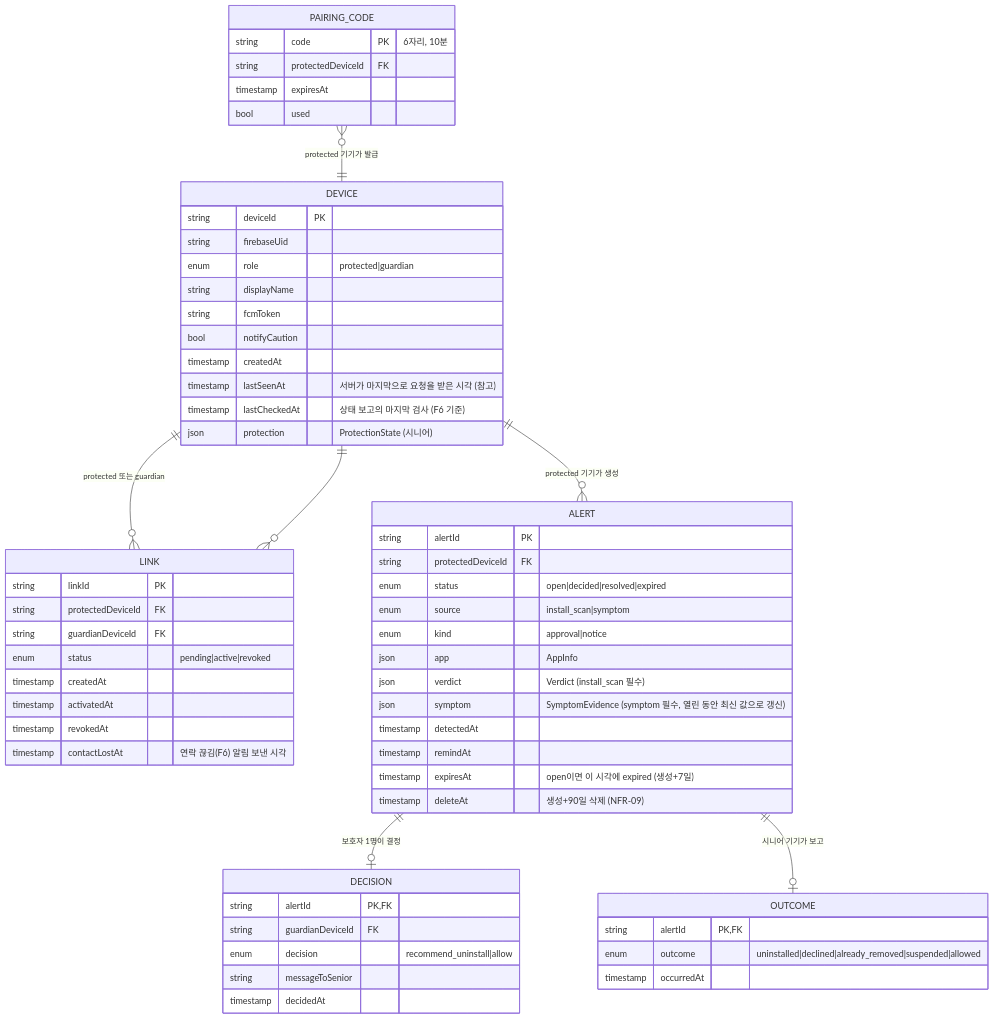
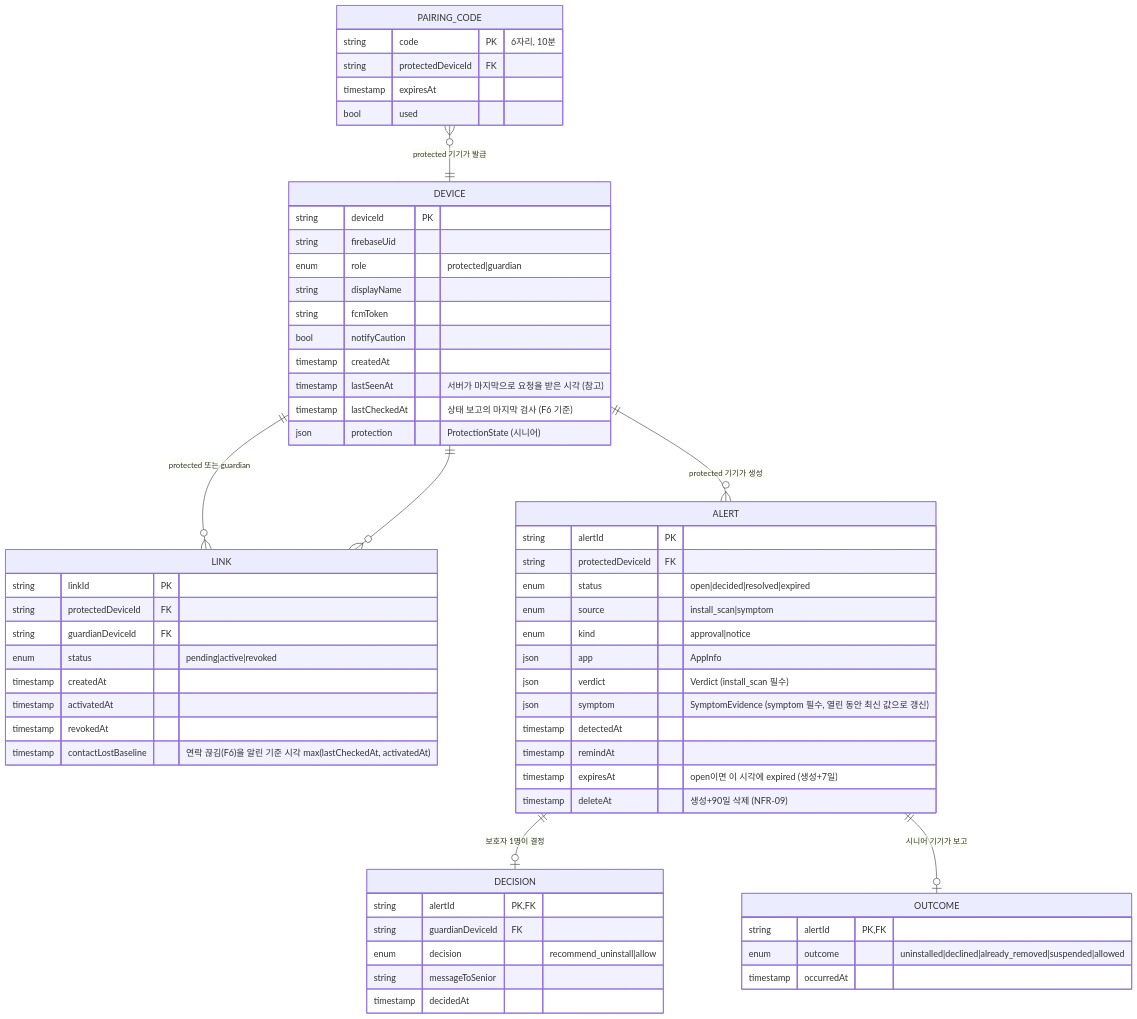
The first of 2 diagrams in specs/001-mvp/data-model.md (inq-o/phonedoctor), drawn with Mermaid before and after one commit. The commit also changed 9 other files, not shown here.

````diff
--- a/specs/001-mvp/data-model.md
+++ b/specs/001-mvp/data-model.md
@@ -10,64 +10,64 @@
 ```mermaid
 erDiagram
     DEVICE ||--o{ LINK : "protected 또는 guardian"
     LINK }o--|| DEVICE : ""
     DEVICE ||--o{ ALERT : "protected 기기가 생성"
     ALERT ||--o| DECISION : "보호자 1명이 결정"
     ALERT ||--o| OUTCOME : "시니어 기기가 보고"
     PAIRING_CODE }o--|| DEVICE : "protected 기기가 발급"
 
     DEVICE {
       string deviceId PK
       string firebaseUid
       enum role "protected|guardian"
       string displayName
       string fcmToken
       bool notifyCaution
       timestamp createdAt
       timestamp lastSeenAt "서버가 마지막으로 요청을 받은 시각 (참고)"
       timestamp lastCheckedAt "상태 보고의 마지막 검사 (F6 기준)"
       json protection "ProtectionState (시니어)"
     }
     LINK {
       string linkId PK
       string protectedDeviceId FK
       string guardianDeviceId FK
       enum status "pending|active|revoked"
       timestamp createdAt
       timestamp activatedAt
       timestamp revokedAt
-      timestamp contactLostAt "연락 끊김(F6) 알림 보낸 시각"
+      timestamp contactLostBaseline "연락 끊김(F6)을 알린 기준 시각 max(lastCheckedAt, activatedAt)"
     }
     PAIRING_CODE {
       string code PK "6자리, 10분"
       string protectedDeviceId FK
       timestamp expiresAt
       bool used
     }
     ALERT {
       string alertId PK
       string protectedDeviceId FK
       enum status "open|decided|resolved|expired"
       enum source "install_scan|symptom"
       enum kind "approval|notice"
       json app "AppInfo"
       json verdict "Verdict (install_scan 필수)"
       json symptom "SymptomEvidence (symptom 필수, 열린 동안 최신 값으로 갱신)"
       timestamp detectedAt
       timestamp remindAt
       timestamp expiresAt "open이면 이 시각에 expired (생성+7일)"
       timestamp deleteAt "생성+90일 삭제 (NFR-09)"
     }
     DECISION {
       string alertId PK, FK
       string guardianDeviceId FK
       enum decision "recommend_uninstall|allow"
       string messageToSenior
       timestamp decidedAt
     }
     OUTCOME {
       string alertId PK, FK
       enum outcome "uninstalled|declined|already_removed|suspended|allowed"
       timestamp occurredAt
     }
 ```
````
